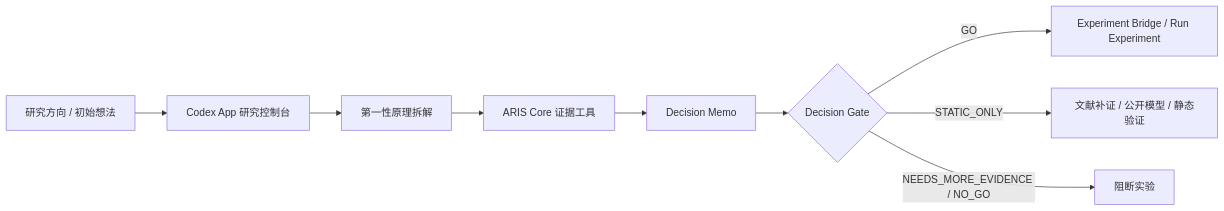
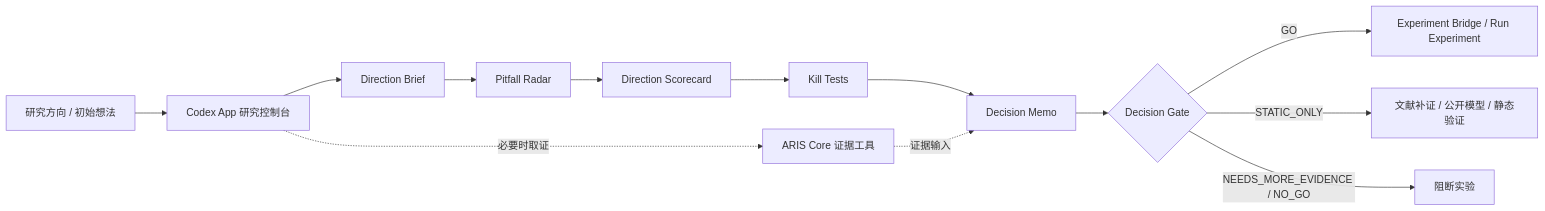
One commit to Eternite-0/CodexResearchDesk changed the diagram in README.md. Above: the diagram before and after it, drawn with Mermaid. The commit also changed other lines of this file and 24 other files, not shown here.

````diff
--- a/README.md
+++ b/README.md
@@ -47,11 +49,15 @@
 ```mermaid
 flowchart LR
     A["研究方向 / 初始想法"] --> B["Codex App 研究控制台"]
-    B --> C["第一性原理拆解"]
-    C --> D["ARIS Core 证据工具"]
-    D --> E["Decision Memo"]
-    E --> F{"Decision Gate"}
-    F -->|GO| G["Experiment Bridge / Run Experiment"]
-    F -->|STATIC_ONLY| H["文献补证 / 公开模型 / 静态验证"]
-    F -->|NEEDS_MORE_EVIDENCE / NO_GO| I["阻断实验"]
+    B --> C["Direction Brief"]
+    C --> D["Pitfall Radar"]
+    D --> E["Direction Scorecard"]
+    E --> F["Kill Tests"]
+    F --> G["Decision Memo"]
+    G --> H{"Decision Gate"}
+    B -.必要时取证.-> I["ARIS Core 证据工具"]
+    I -.证据输入.-> G
+    H -->|GO| J["Experiment Bridge / Run Experiment"]
+    H -->|STATIC_ONLY| K["文献补证 / 公开模型 / 静态验证"]
+    H -->|NEEDS_MORE_EVIDENCE / NO_GO| L["阻断实验"]
 ```
````
